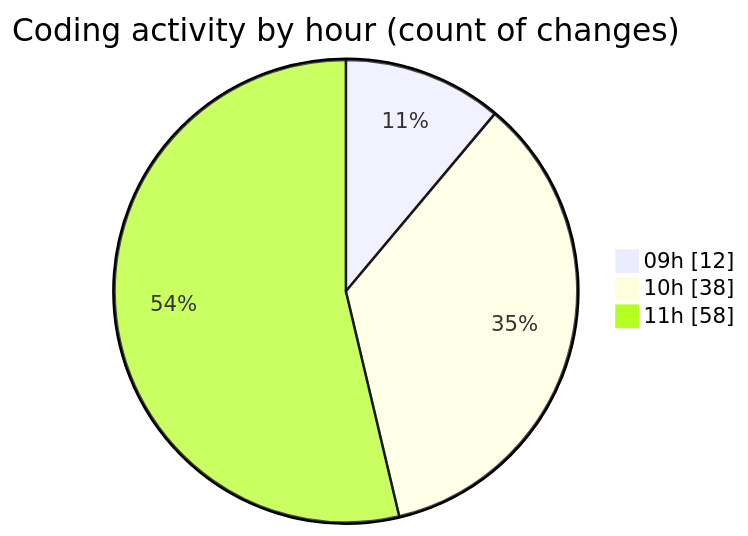
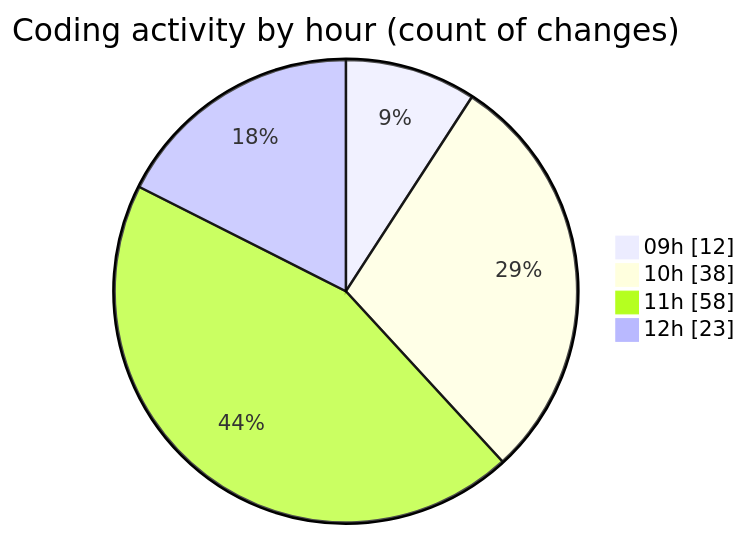
One commit to momahboobian/code-tracking changed the second of 2 diagrams in 2025-10-03/cda/README.md. Above: the diagram before and after it, drawn with Mermaid. The commit also changed other lines of this file and 1 other file, not shown here.

````diff
--- a/2025-10-03/cda/README.md
+++ b/2025-10-03/cda/README.md
@@ -34,7 +42,8 @@
 ```mermaid
 pie showData
 title Coding activity by hour (count of changes)
 "09h" : 12
 "10h" : 38
 "11h" : 58
+"12h" : 23
 ```
````
